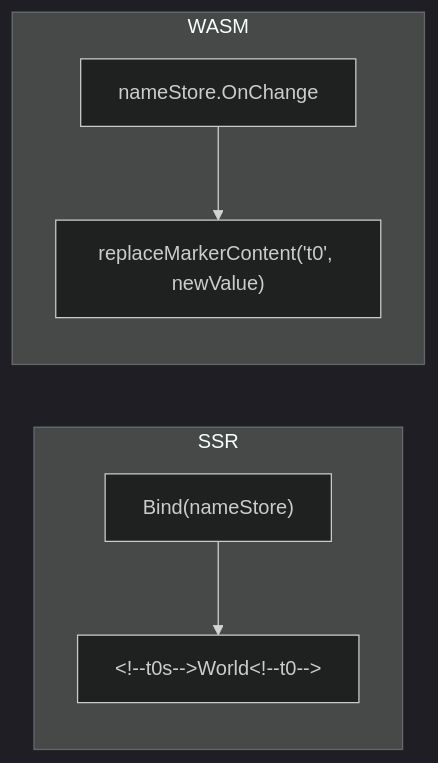
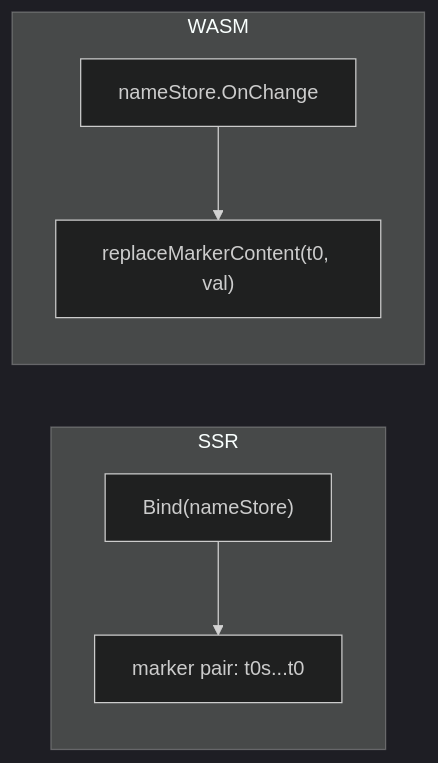
The third of 12 diagrams in new/ARCHITECTURE.md (tbocek/preveltekit), drawn with Mermaid (dark theme) before and after one commit. The commit also changed other lines of this file, not shown here.

````diff
--- a/new/ARCHITECTURE.md
+++ b/new/ARCHITECTURE.md
@@ -253,9 +253,9 @@
 ```mermaid
 graph LR
     subgraph SSR
-        A["Bind(nameStore)"] --> B["&lt;!--t0s--&gt;World&lt;!--t0--&gt;"]
+        A["Bind(nameStore)"] --> B["marker pair: t0s...t0"]
     end
     subgraph WASM
-        C["nameStore.OnChange"] --> D["replaceMarkerContent('t0', newValue)"]
+        C["nameStore.OnChange"] --> D["replaceMarkerContent(t0, val)"]
     end
 ```
````
